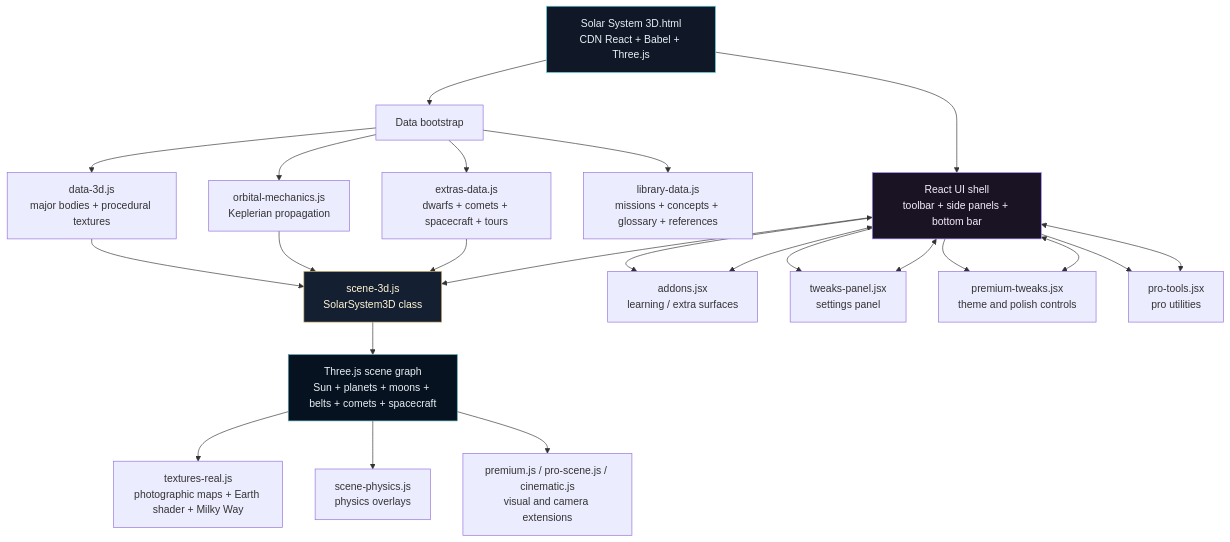
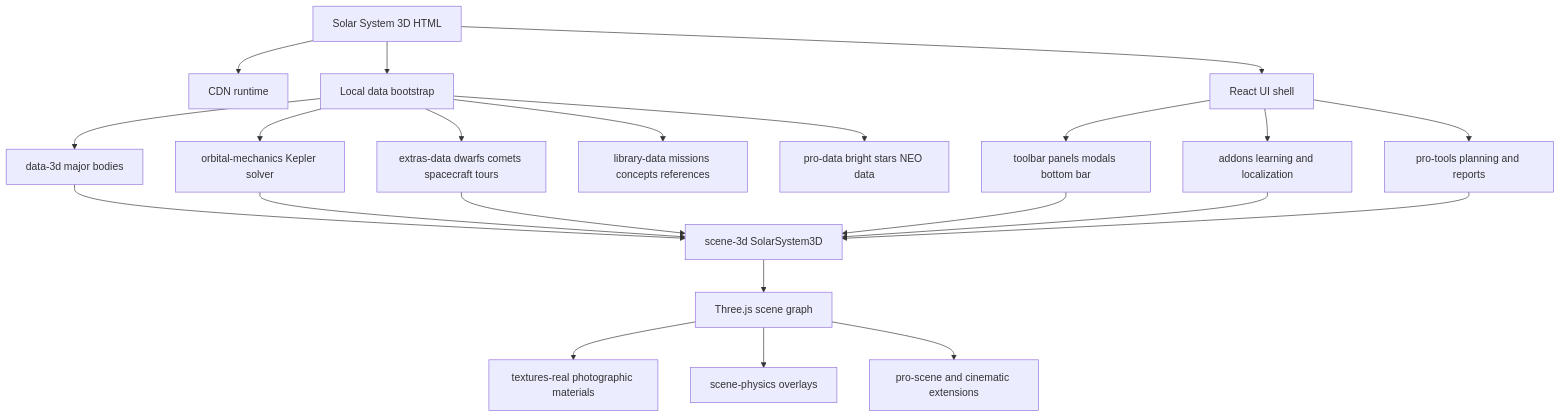
Before and after one commit to mustafaras/solar: the second of 5 diagrams in README.md, drawn with Mermaid. The commit also changed other lines of this file and 22 other files, not shown here.

````diff
--- a/README.md
+++ b/README.md
@@ -158,33 +315,24 @@
 ```mermaid
-flowchart TD
-    A["Solar System 3D.html\nCDN React + Babel + Three.js"] --> B["Data bootstrap"]
-    B --> B1["data-3d.js\nmajor bodies + procedural textures"]
-    B --> B2["orbital-mechanics.js\nKeplerian propagation"]
-    B --> B3["extras-data.js\ndwarfs + comets + spacecraft + tours"]
-    B --> B4["library-data.js\nmissions + concepts + glossary + references"]
-
-    B1 --> C["scene-3d.js\nSolarSystem3D class"]
-    B2 --> C
-    B3 --> C
-    C --> D["Three.js scene graph\nSun + planets + moons + belts + comets + spacecraft"]
-    D --> E["textures-real.js\nphotographic maps + Earth shader + Milky Way"]
-    D --> F["scene-physics.js\nphysics overlays"]
-    D --> G["premium.js / pro-scene.js / cinematic.js\nvisual and camera extensions"]
-
-    A --> H["React UI shell\ntoolbar + side panels + bottom bar"]
-    H --> I["addons.jsx\nlearning / extra surfaces"]
-    H --> J["tweaks-panel.jsx\nsettings panel"]
-    H --> K["premium-tweaks.jsx\ntheme and polish controls"]
-    H --> L["pro-tools.jsx\npro utilities"]
-
-    H <--> C
-    I <--> H
-    J <--> H
-    K <--> H
-    L <--> H
-
-    style A fill:#101827,stroke:#62d9ea,color:#e8eef5
-    style C fill:#151f32,stroke:#d8b36a,color:#fff7d6
-    style D fill:#06121f,stroke:#5aa7b6,color:#e8eef5
-    style H fill:#1a1324,stroke:#a78bff,color:#f5edff
+graph TD
+  A[Solar System 3D HTML] --> B[CDN runtime]
+  A --> C[Local data bootstrap]
+  C --> C1[data-3d major bodies]
+  C --> C2[orbital-mechanics Kepler solver]
+  C --> C3[extras-data dwarfs comets spacecraft tours]
+  C --> C4[library-data missions concepts references]
+  C --> C5[pro-data bright stars NEO data]
+  C1 --> D[scene-3d SolarSystem3D]
+  C2 --> D
+  C3 --> D
+  D --> E[Three.js scene graph]
+  E --> F[textures-real photographic materials]
+  E --> G[scene-physics overlays]
+  E --> H[pro-scene and cinematic extensions]
+  A --> I[React UI shell]
+  I --> J[toolbar panels modals bottom bar]
+  I --> K[addons learning and localization]
+  I --> L[pro-tools planning and reports]
+  J --> D
+  K --> D
+  L --> D
 ```
````
